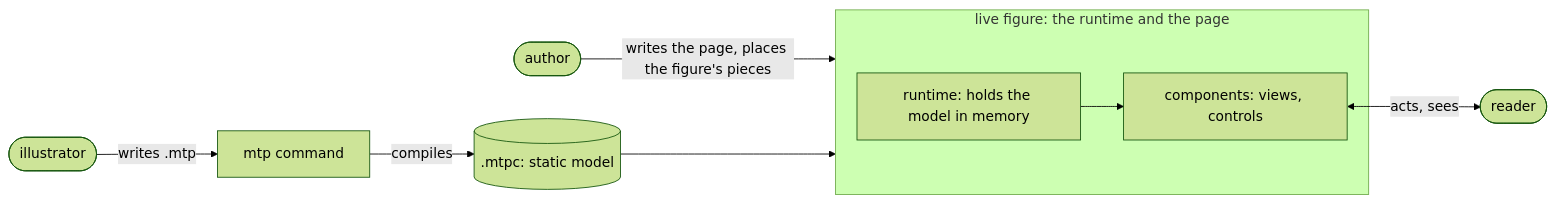
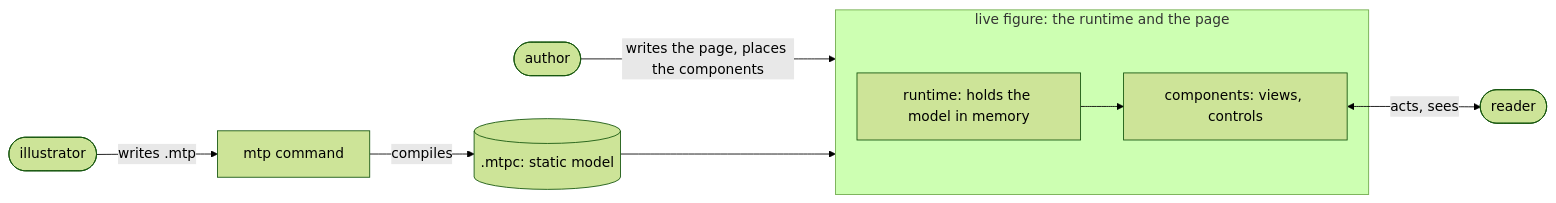
The first of 3 diagrams in docs/data-model.md (aris-pub/mathterpiece), drawn with Mermaid (forest theme) before and after one commit. The commit also changed other lines of this file and 6 other files, not shown here.

````diff
--- a/docs/data-model.md
+++ b/docs/data-model.md
@@ -9,11 +9,11 @@
 ```mermaid
 flowchart LR
   illustrator([illustrator]) -->|writes .mtp| cmd["mtp command"]
   cmd -->|compiles| mtpc[(".mtpc: static model")]
-  author([author]) -->|writes the page, places the figure's pieces| live
+  author([author]) -->|writes the page, places the components| live
   mtpc --> live
   subgraph live [live figure: the runtime and the page]
     runtime["runtime: holds the model in memory"] --> components["components: views, controls"]
   end
   components <-->|acts, sees| reader([reader])
 ```
````
